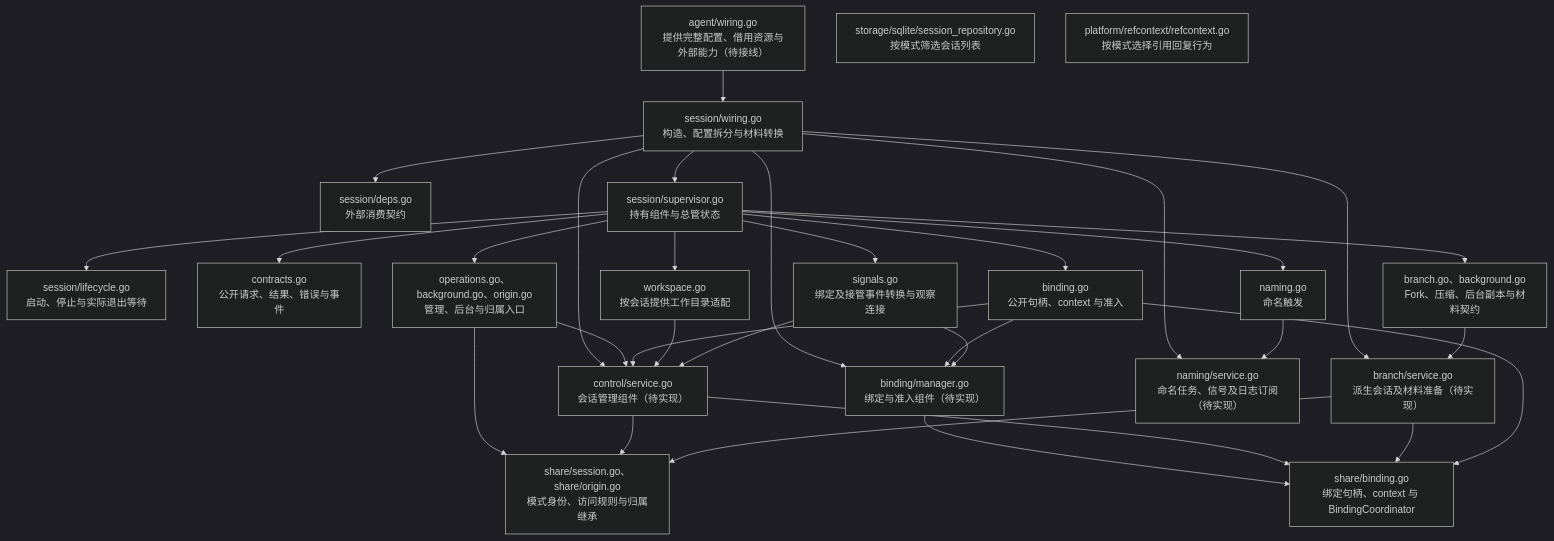
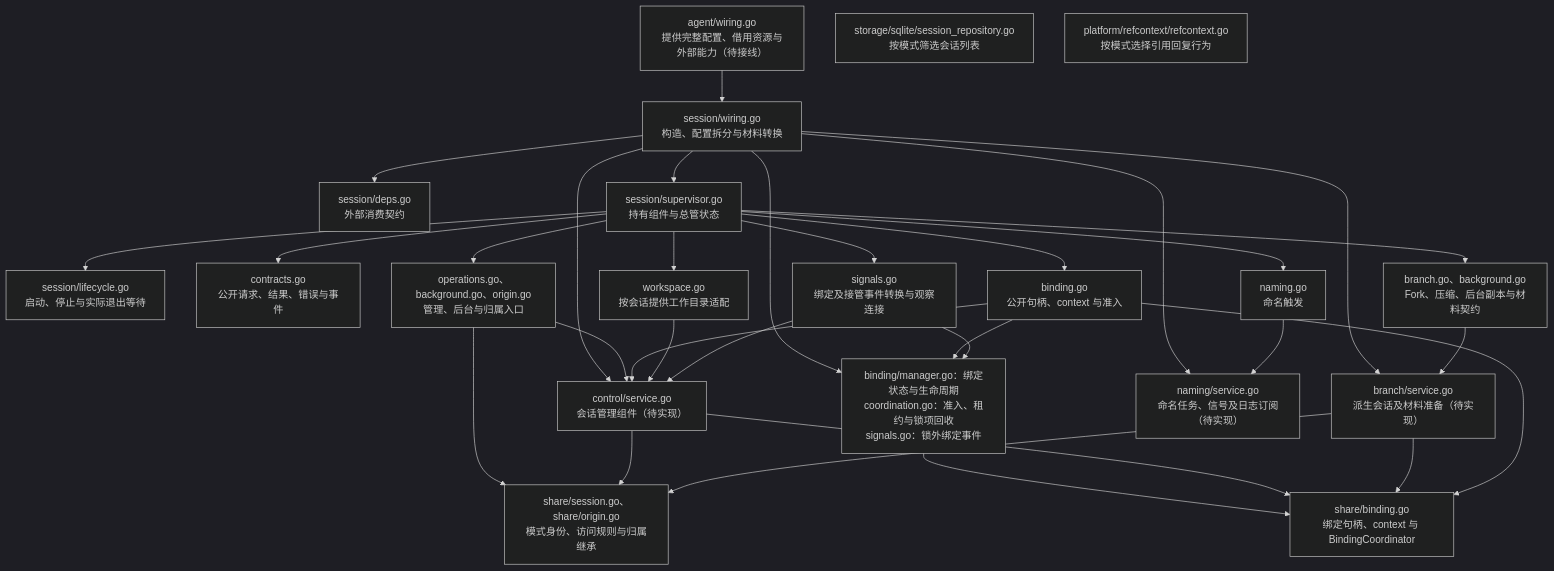
One commit to Elflare/elbot changed the seventh of 7 diagrams in devdocs/app-design.md. Above: the diagram before and after it, drawn with Mermaid (dark theme). The commit also changed other lines of this file and 21 other files, not shown here.

````diff
--- a/devdocs/app-design.md
+++ b/devdocs/app-design.md
@@ -386,29 +404,29 @@
 ```mermaid
 flowchart TD
     A["agent/wiring.go<br/>提供完整配置、借用资源与外部能力（待接线）"] --> W["session/wiring.go<br/>构造、配置拆分与材料转换"]
     W --> D["session/deps.go<br/>外部消费契约"]
     W --> S["session/supervisor.go<br/>持有组件与总管状态"]
     S --> L["session/lifecycle.go<br/>启动、停止与实际退出等待"]
-    W --> B["binding/manager.go<br/>绑定与准入组件（待实现）"]
+    W --> B["binding/manager.go：绑定状态与生命周期<br/>coordination.go：准入、租约与锁项回收<br/>signals.go：锁外绑定事件"]
     W --> C["control/service.go<br/>会话管理组件（待实现）"]
     W --> R["branch/service.go<br/>派生会话及材料准备（待实现）"]
     W --> N["naming/service.go<br/>命名任务、信号及日志订阅（待实现）"]
     B & C & R --> H["share/binding.go<br/>绑定句柄、context 与 BindingCoordinator"]
     S --> API["contracts.go<br/>公开请求、结果、错误与事件"]
     S --> O["operations.go、background.go、origin.go<br/>管理、后台与归属入口"]
     O --> C
     O --> F["share/session.go、share/origin.go<br/>模式身份、访问规则与归属继承"]
     C & R --> F
     DB["storage/sqlite/session_repository.go<br/>按模式筛选会话列表"]
     REF["platform/refcontext/refcontext.go<br/>按模式选择引用回复行为"]
     S --> P["branch.go、background.go<br/>Fork、压缩、后台副本与材料契约"]
     P --> R
     S --> BC["binding.go<br/>公开句柄、context 与准入"]
     BC --> B & C & H
     S --> WS["workspace.go<br/>按会话提供工作目录适配"]
     WS --> C
     S --> NT["naming.go<br/>命名触发"]
     NT --> N
     S --> E["signals.go<br/>绑定及接管事件转换与观察连接"]
     E --> B & C
 ```
````
